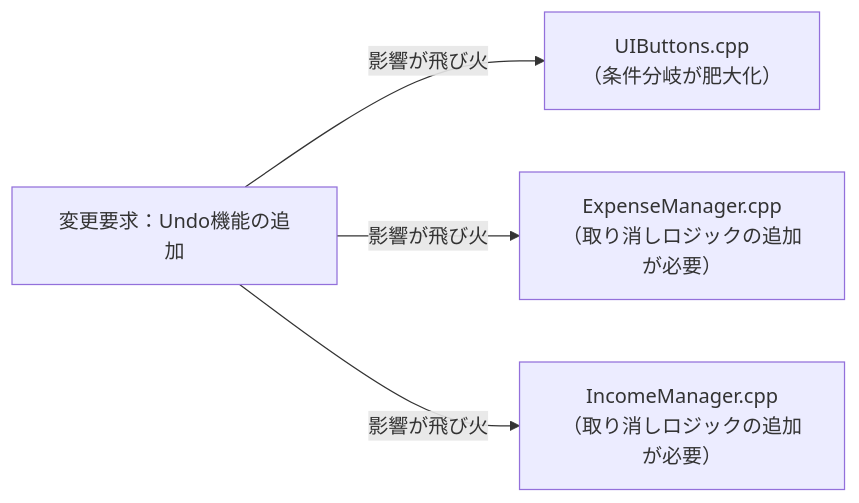
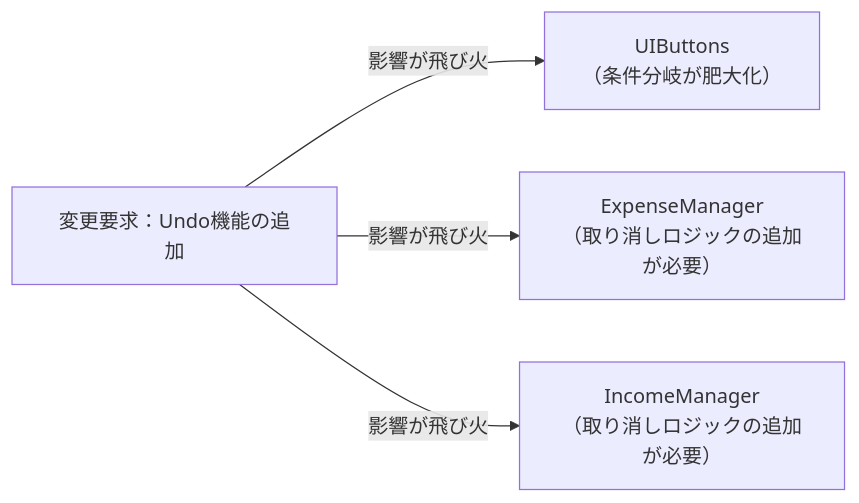
Before and after one commit to kumachan1101-pixel/DesignPattern: the third of 6 diagrams in kindle/design-patterns/output/chapter05.md, drawn with Mermaid. The commit also changed other lines of this file and 8 other files, not shown here.

````diff
--- a/kindle/design-patterns/output/chapter05.md
+++ b/kindle/design-patterns/output/chapter05.md
@@ -331,7 +331,7 @@
 ```mermaid
 graph LR
-    T1["変更要求：Undo機能の追加"] -->|"影響が飛び火"| A["UIButtons.cpp<br>（条件分岐が肥大化）"]
-    T1 -->|"影響が飛び火"| B["ExpenseManager.cpp<br>（取り消しロジックの追加が必要）"]
-    T1 -->|"影響が飛び火"| C["IncomeManager.cpp<br>（取り消しロジックの追加が必要）"]
+    T1["変更要求：Undo機能の追加"] -->|"影響が飛び火"| A["UIButtons<br>（条件分岐が肥大化）"]
+    T1 -->|"影響が飛び火"| B["ExpenseManager<br>（取り消しロジックの追加が必要）"]
+    T1 -->|"影響が飛び火"| C["IncomeManager<br>（取り消しロジックの追加が必要）"]
 
 ```
````
